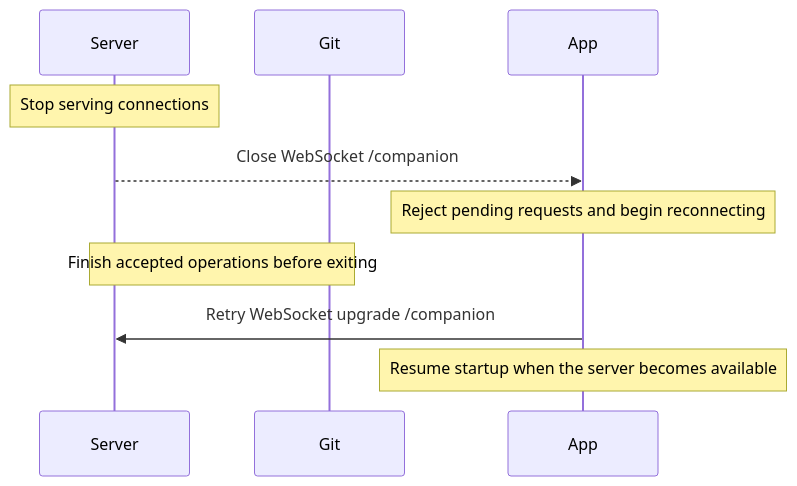
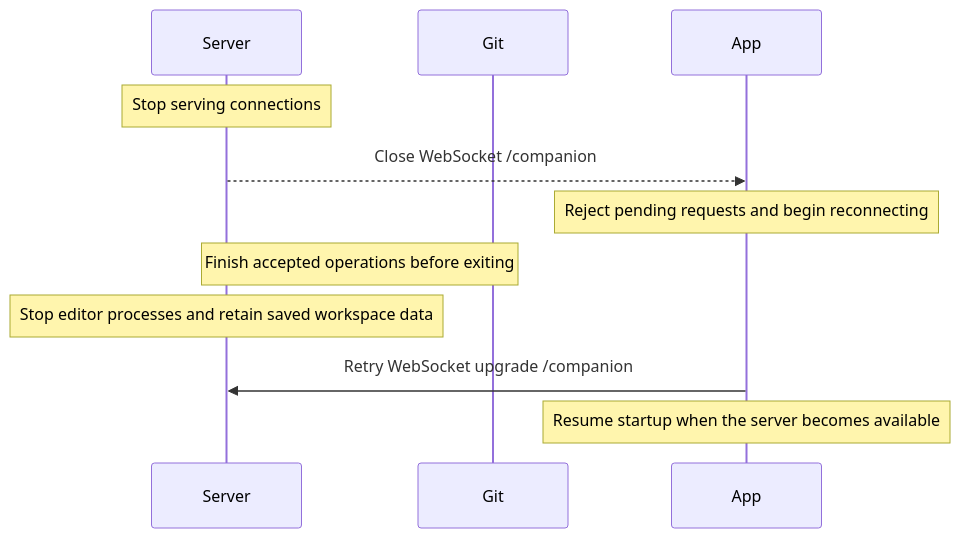
One commit to takeshibaconsuzuki/ade-overlay changed diagram 11 of 11 in AGENTS.md. Above: the diagram before and after it, drawn with Mermaid. The commit also changed other lines of this file and 47 other files, not shown here.

````diff
--- a/AGENTS.md
+++ b/AGENTS.md
@@ -202,12 +298,13 @@
 ```mermaid
 sequenceDiagram
     participant Server
     participant Git
     participant App
     Note over Server: Stop serving connections
     Server-->>App: Close WebSocket /companion
     Note over App: Reject pending requests and begin reconnecting
     Note over Server,Git: Finish accepted operations before exiting
+    Note over Server: Stop editor processes and retain saved workspace data
     App->>Server: Retry WebSocket upgrade /companion
     Note over App: Resume startup when the server becomes available
 ```
````
